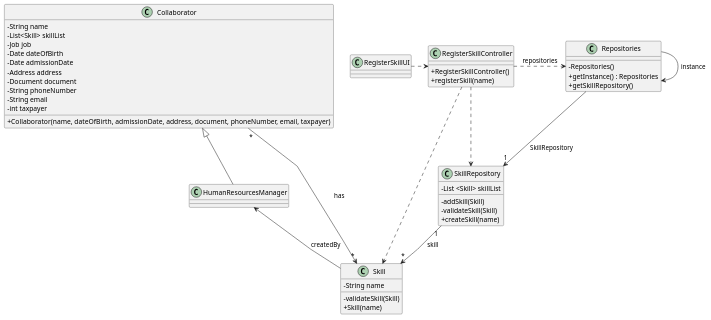
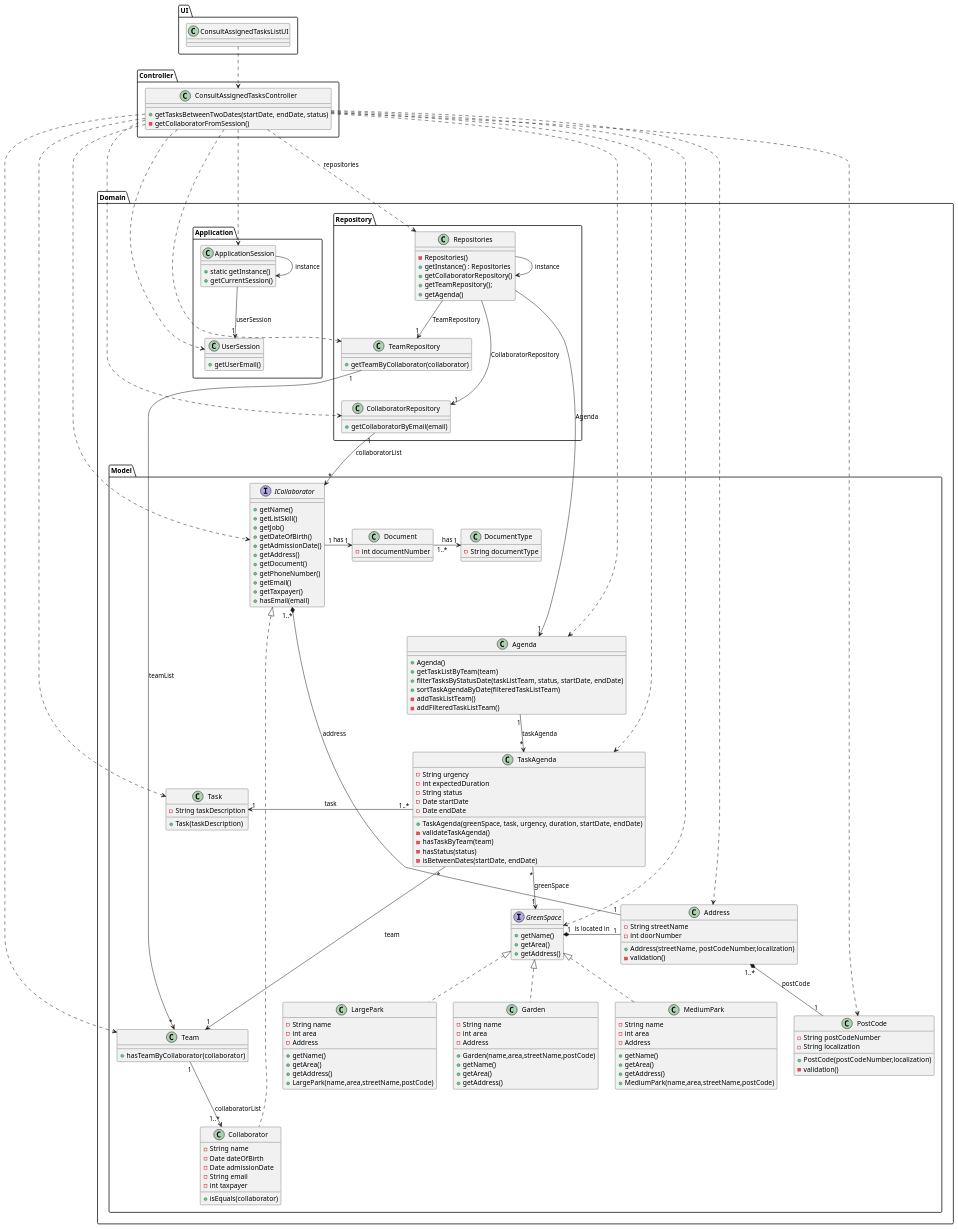
One commit to Departamento-de-Engenharia-Informatica/lei-24-s2-1db-g022 changed the diagram in docs/sprint3/us28/03.design/puml/us28-class-diagram.puml. Above: the diagram before and after it, drawn with PlantUML. The commit also changed other lines of this file and 8 other files, not shown here.

First line of the commit message:
us28-consult-assigned-tasks

```diff
--- a/docs/sprint3/us28/03.design/puml/us28-class-diagram.puml
+++ b/docs/sprint3/us28/03.design/puml/us28-class-diagram.puml
@@ -2,72 +2,249 @@
 'skinparam monochrome true
 skinparam packageStyle rectangle
 skinparam shadowing false
-skinparam linetype polyline
-'skinparam linetype orto
+skinparam linetype orto
 
-skinparam classAttributeIconSize 0
+skinparam classAttributeIconSize "1"
+
+package "UI" <<Folder>> {
+    class ConsultAssignedTasksListUI {
+    }
+}
+
+
+package "Controller" <<Folder>> {
+
+    class ConsultAssignedTasksController {
+        + getTasksBetweenTwoDates(startDate, endDate, status)
+        - getCollaboratorFromSession()
+    }
+
+}
 
 'left to right direction
+package "Domain" <<Folder>> {
 
-class Skill {
-    - String name
+    package "Domain.Application" <<Folder>> {
 
-    - validateSkill(Skill)
-    + Skill(name)
+        class ApplicationSession
+        {
+            + static getInstance()
+            + getCurrentSession()
+        }
+
+        class UserSession
+        {
+            + getUserEmail()
+        }
+    }
+
+    package "Domain.Model" <<Folder>> {
+
+        interface GreenSpace {
+            + getName()
+            + getArea()
+            + getAddress()
+        }
+
+        class Team{
+            + hasTeamByCollaborator(collaborator)
+
+        }
+
+        class Garden implements GreenSpace{
+            - String name
+            - int area
+            - Address
+
+            + Garden(name,area,streetName,postCode)
+            + getName()
+            + getArea()
+            + getAddress()
+        }
+
+        class MediumPark implements GreenSpace{
+            - String name
+            - int area
+            - Address
+
+            + getName()
+            + getArea()
+            + getAddress()
+            + MediumPark(name,area,streetName,postCode)
+        }
+
+        class LargePark implements GreenSpace{
+            - String name
+            - int area
+            - Address
+
+            + getName()
+            + getArea()
+            + getAddress()
+            + LargePark(name,area,streetName,postCode)
+        }
+
+        interface ICollaborator{
+            + getName()
+            + getListSkill()
+            + getJob()
+            + getDateOfBirth()
+            + getAdmissionDate()
+            + getAddress()
+            + getDocument()
+            + getPhoneNumber()
+            + getEmail()
+            + getTaxpayer()
+            + hasEmail(email)
+
+        }
+
+        class Document{
+            - int documentNumber
+        }
+
+        class DocumentType{
+            - String documentType
+        }
+
+        class Address {
+            - String streetName
+            - int doorNumber
+
+            + Address(streetName, postCodeNumber,localization)
+            - validation()
+        }
+
+        class PostCode{
+            - String postCodeNumber
+            - String localization
+
+            + PostCode(postCodeNumber,localization)
+            - validation()
+        }
+
+        class Task {
+            - String taskDescription
+
+            + Task(taskDescription)
+        }
+
+        class TaskAgenda {
+            - String urgency
+            - int expectedDuration
+            - String status
+            - Date startDate
+            - Date endDate
+
+            + TaskAgenda(greenSpace, task, urgency, duration, startDate, endDate)
+            - validateTaskAgenda()
+            - hasTaskByTeam(team)
+            - hasStatus(status)
+            - isBetweenDates(startDate, endDate)
+        }
+
+        class Collaborator implements ICollaborator{
+            - String name
+            - Date dateOfBirth
+            - Date admissionDate
+            - String email
+            - int taxpayer
+
+            + isEquals(collaborator)
+        }
+
+        class Agenda{
+
+            + Agenda()
+            + getTaskListByTeam(team)
+            + filterTasksByStatusDate(taskListTeam, status, startDate, endDate)
+            + sortTaskAgendaByDate(filteredTaskListTeam)
+            - addTaskListTeam()
+            - addFilteredTaskListTeam()
+
+        }
+
+    }
+
+    package "Domain.Repository" <<Folder>> {
+
+        class Repositories {
+
+            - Repositories()
+            + getInstance() : Repositories
+            + getCollaboratorRepository()
+            + getTeamRepository();
+            + getAgenda()
+        }
+
+        class CollaboratorRepository {
+
+            + getCollaboratorByEmail(email)
+        }
+
+        class TeamRepository {
+
+            + getTeamByCollaborator(collaborator)
+        }
+    }
 }
 
-class RegisterSkillController {
+'-------------------Instance-------------------
+Repositories -> Repositories : instance
+ApplicationSession -> ApplicationSession : instance
 
-    + RegisterSkillController()
-    + registerSkill(name)
-}
+'-------------------UI-------------------
+ConsultAssignedTasksListUI ..> ConsultAssignedTasksController
 
-class RegisterSkillUI {
-}
+'-------------------Controller-------------------
+ConsultAssignedTasksController ...> Repositories : repositories
+ConsultAssignedTasksController ...> ApplicationSession
+ConsultAssignedTasksController ...> UserSession
+ConsultAssignedTasksController ...> CollaboratorRepository
+ConsultAssignedTasksController ...> TeamRepository
+ConsultAssignedTasksController ...> ICollaborator
+ConsultAssignedTasksController ...> GreenSpace
+ConsultAssignedTasksController ...> Task
+ConsultAssignedTasksController ...> TaskAgenda
+ConsultAssignedTasksController ...> Agenda
+ConsultAssignedTasksController ...> Team
+ConsultAssignedTasksController ...> Address
+ConsultAssignedTasksController ...> PostCode
 
-class Collaborator {
-    -String name
-    -List<Skill> skillList
-    -Job job
-    -Date dateOfBirth
-    -Date admissionDate
-    -Address address
-    -Document document
-    -String phoneNumber
-    -String email
-    -int taxpayer
+'-------------------ApplicationSession-------------------
+ApplicationSession --> "1" UserSession : userSession
 
-    + Collaborator(name, dateOfBirth, admissionDate, address, document, phoneNumber, email, taxpayer)
-}
+'-------------------Repositories-------------------
+Repositories ---> "1" CollaboratorRepository : CollaboratorRepository
+Repositories -> "1" Agenda : Agenda
+Repositories --> "1" TeamRepository : TeamRepository
 
-class HumanResourcesManager {
-}
+'-------------------CollaboratorRepository-------------------
+CollaboratorRepository "1"  --> "*" ICollaborator : collaboratorList
 
-class Repositories {
+'-------------------TeamRepository-------------------
+TeamRepository "1" -> "*" Team : teamList
 
-    - Repositories()
-    + getInstance() : Repositories
-    + getSkillRepository()
-}
+'-------------------Address-------------------
+Address "1..*" *-- "1" PostCode : postCode
+ICollaborator "1..*" *---- "1" Address : address
 
-class SkillRepository {
-    - List <Skill> skillList
+'-------------------Document-------------------
+ICollaborator "1" -> "1" Document : has
+Document "1..*" ->"1" DocumentType : has
 
-    - addSkill(Skill)
-    - validateSkill(Skill)
-    + createSkill(name)
-}
+'-------------------GreenSpace-------------------
+GreenSpace "1" *- "1" Address : is located in
 
-RegisterSkillController .> Repositories : repositories
-RegisterSkillUI .> RegisterSkillController
-Repositories -> Repositories : instance
-Repositories --> "1" SkillRepository : SkillRepository
-SkillRepository "1" --> "*" Skill : skill
-Collaborator  <|--  HumanResourcesManager
-RegisterSkillController ..> Skill
-RegisterSkillController ..> SkillRepository
+'-------------------Agenda-------------------
+Agenda "1" --> "*" TaskAgenda : taskAgenda
 
-HumanResourcesManager <--  Skill: createdBy
-Collaborator "*" --> "*" Skill : has
+'-------------------TaskAgenda-------------------
+TaskAgenda "*" --> "1" GreenSpace : greenSpace
+TaskAgenda "1..*" -> "1" Task : task
+TaskAgenda "*" ---> "1" Team : team
+
+'-------------------Team-------------------
+Team "1" --> "1..*" Collaborator : collaboratorList
 
 @enduml
```
